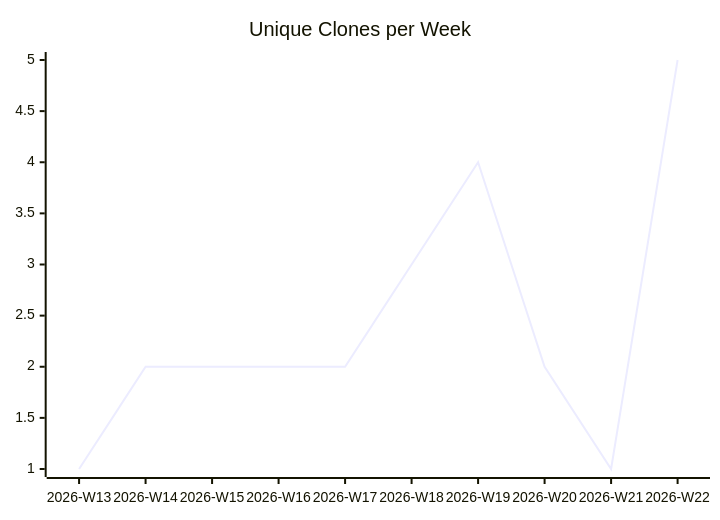
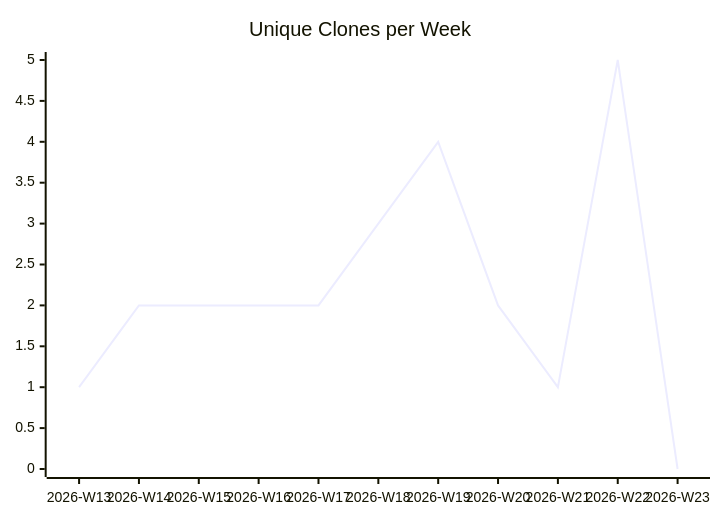
The third of 3 diagrams in karlmdavis/hello-rust-actix/README.md (justdavis-family/github-analytics-data), drawn with Mermaid before and after one commit. The commit also changed other lines of this file and 186 other files, not shown here.

````diff
--- a/karlmdavis/hello-rust-actix/README.md
+++ b/karlmdavis/hello-rust-actix/README.md
@@ -19,6 +19,6 @@
 ```mermaid
 xychart-beta
   title "Unique Clones per Week"
-  x-axis ["2026-W13", "2026-W14", "2026-W15", "2026-W16", "2026-W17", "2026-W18", "2026-W19", "2026-W20", "2026-W21", "2026-W22"]
-  line [1, 2, 2, 2, 2, 3, 4, 2, 1, 5]
+  x-axis ["2026-W13", "2026-W14", "2026-W15", "2026-W16", "2026-W17", "2026-W18", "2026-W19", "2026-W20", "2026-W21", "2026-W22", "2026-W23"]
+  line [1, 2, 2, 2, 2, 3, 4, 2, 1, 5, 0]
 ```
````
